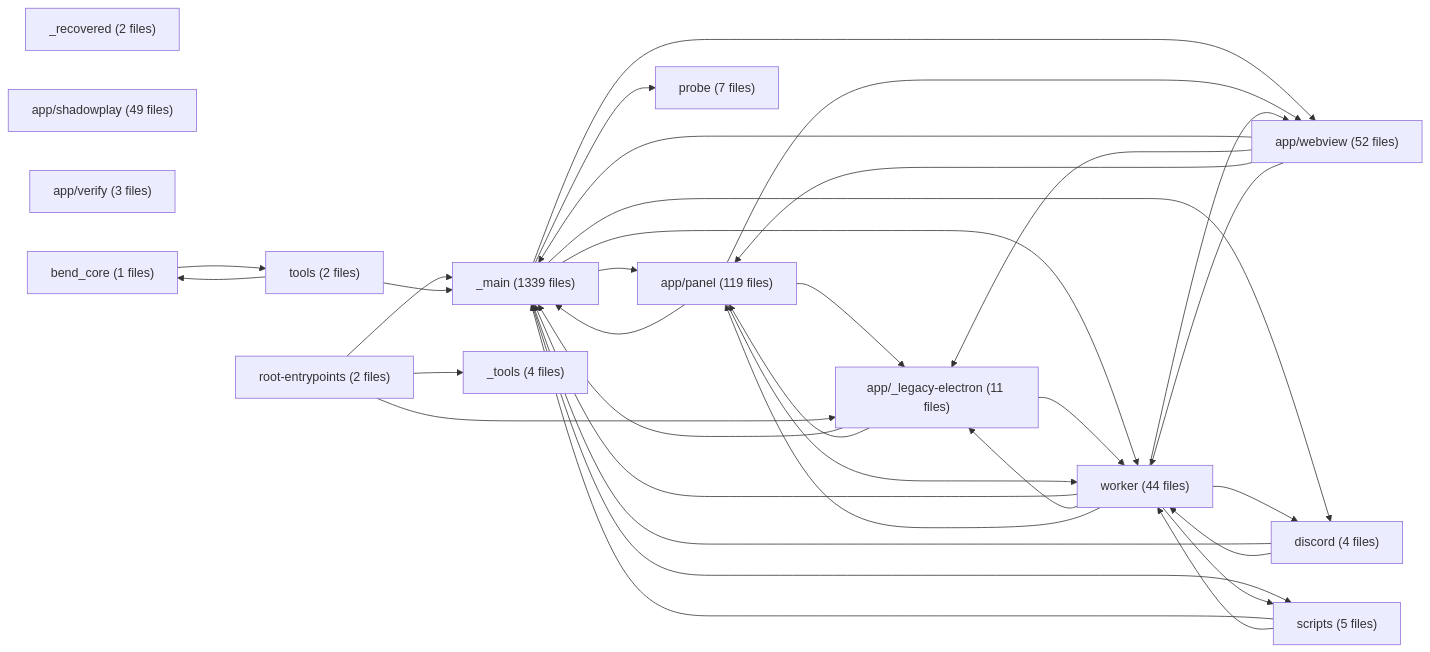
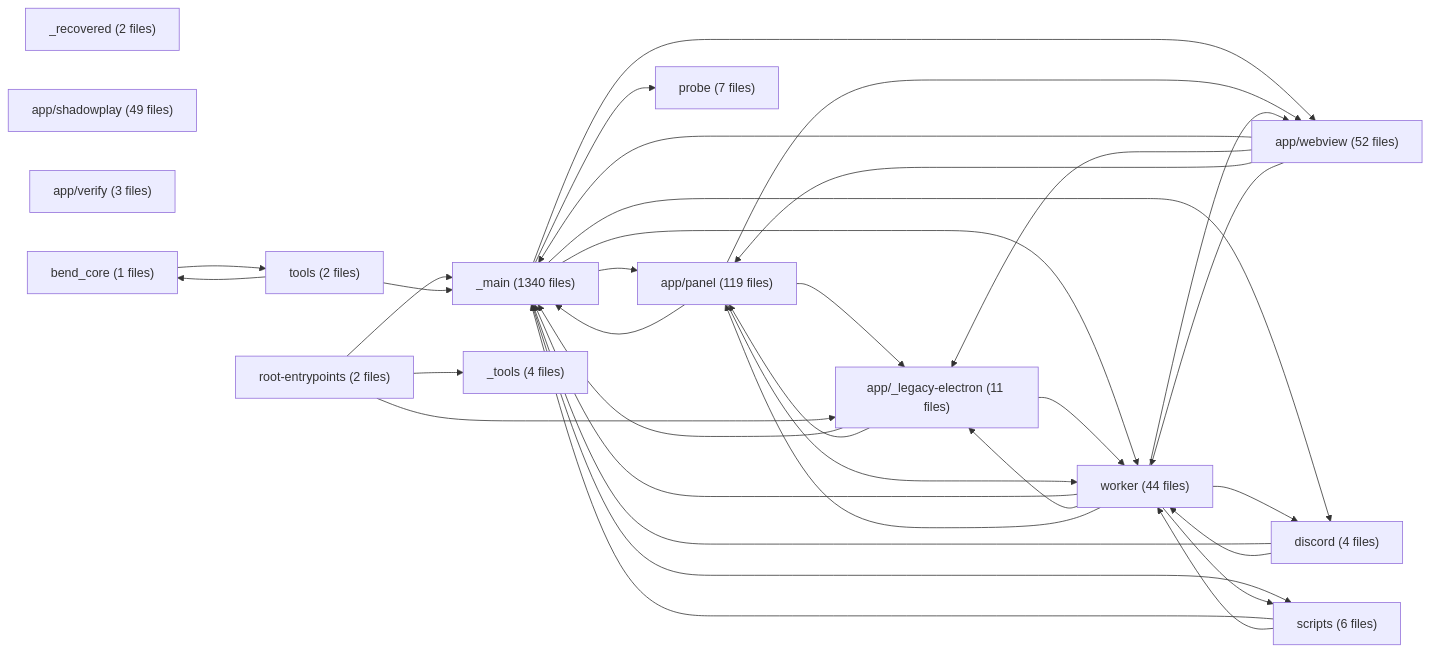
Before and after one commit to mateusant13/sotto: the diagram in features/INDEX.md, drawn with Mermaid. The commit also changed other lines of this file and 1 other file, not shown here.

````diff
--- a/features/INDEX.md
+++ b/features/INDEX.md
@@ -28,51 +28,51 @@
 ```mermaid
 flowchart LR
-  _main["_main (1339 files)"]
+  _main["_main (1340 files)"]
   _recovered["_recovered (2 files)"]
   _tools["_tools (4 files)"]
   app__legacy_electron["app/_legacy-electron (11 files)"]
   app_panel["app/panel (119 files)"]
   app_shadowplay["app/shadowplay (49 files)"]
   app_verify["app/verify (3 files)"]
   app_webview["app/webview (52 files)"]
   bend_core["bend_core (1 files)"]
   discord["discord (4 files)"]
   probe["probe (7 files)"]
   root_entrypoints["root-entrypoints (2 files)"]
-  scripts["scripts (5 files)"]
+  scripts["scripts (6 files)"]
   tools["tools (2 files)"]
   worker["worker (44 files)"]
   _main --> app_panel
   _main --> app_webview
   _main --> worker
   _main --> discord
   _main --> probe
   _main --> scripts
   app__legacy_electron --> _main
   app__legacy_electron --> app_panel
   app__legacy_electron --> worker
   app_panel --> _main
   app_panel --> app__legacy_electron
   app_panel --> app_webview
   app_panel --> worker
   app_webview --> _main
   app_webview --> app__legacy_electron
   app_webview --> app_panel
   app_webview --> worker
   bend_core --> tools
   discord --> _main
   discord --> worker
   root_entrypoints --> _main
   root_entrypoints --> _tools
   root_entrypoints --> app__legacy_electron
   scripts --> _main
   scripts --> worker
   tools --> bend_core
   tools --> _main
   worker --> _main
   worker --> app__legacy_electron
   worker --> app_webview
   worker --> app_panel
   worker --> discord
   worker --> scripts
 ```
````
